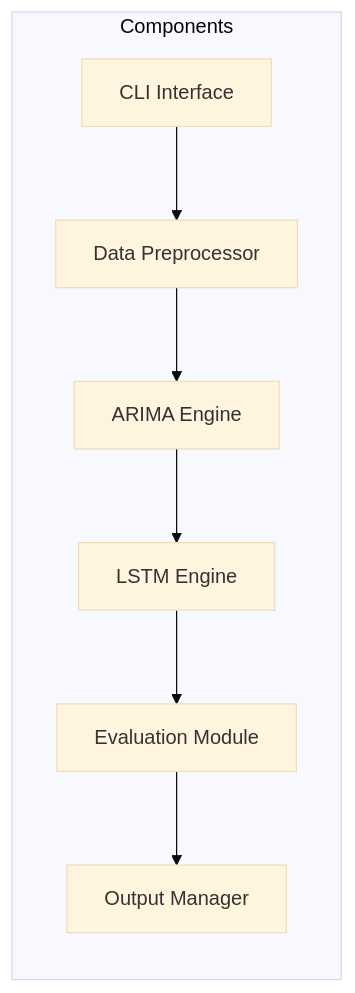
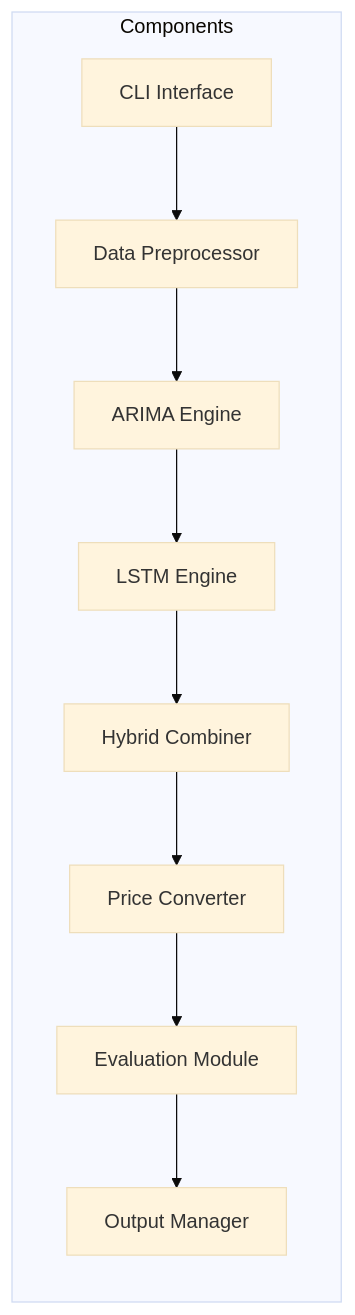
The second of 12 diagrams in plans/architecture.md (konstantin-vantukh/lstm_arima), drawn with Mermaid (base theme) before and after one commit. The commit also changed other lines of this file and 28 other files, not shown here.

````diff
--- a/plans/architecture.md
+++ b/plans/architecture.md
@@ -56,18 +76,22 @@
 ```mermaid
 flowchart LR
     subgraph Components
         direction TB
         CLI[CLI Interface]
         DP[Data Preprocessor]
         ARIMA[ARIMA Engine]
         LSTM[LSTM Engine]
+        HC[Hybrid Combiner]
+        PC[Price Converter]
         EVAL[Evaluation Module]
         OUT[Output Manager]
     end
 
     CLI --> DP
     DP --> ARIMA
     ARIMA --> LSTM
-    LSTM --> EVAL
+    LSTM --> HC
+    HC --> PC
+    PC --> EVAL
     EVAL --> OUT
 ```
````
